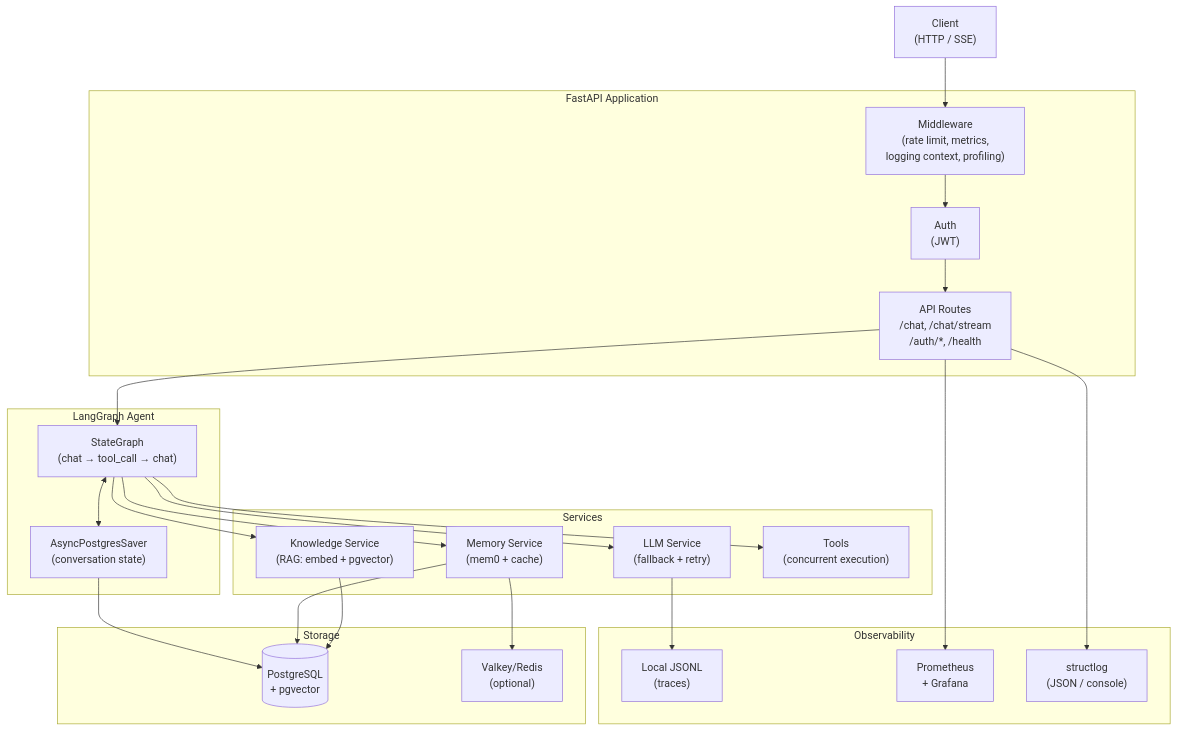
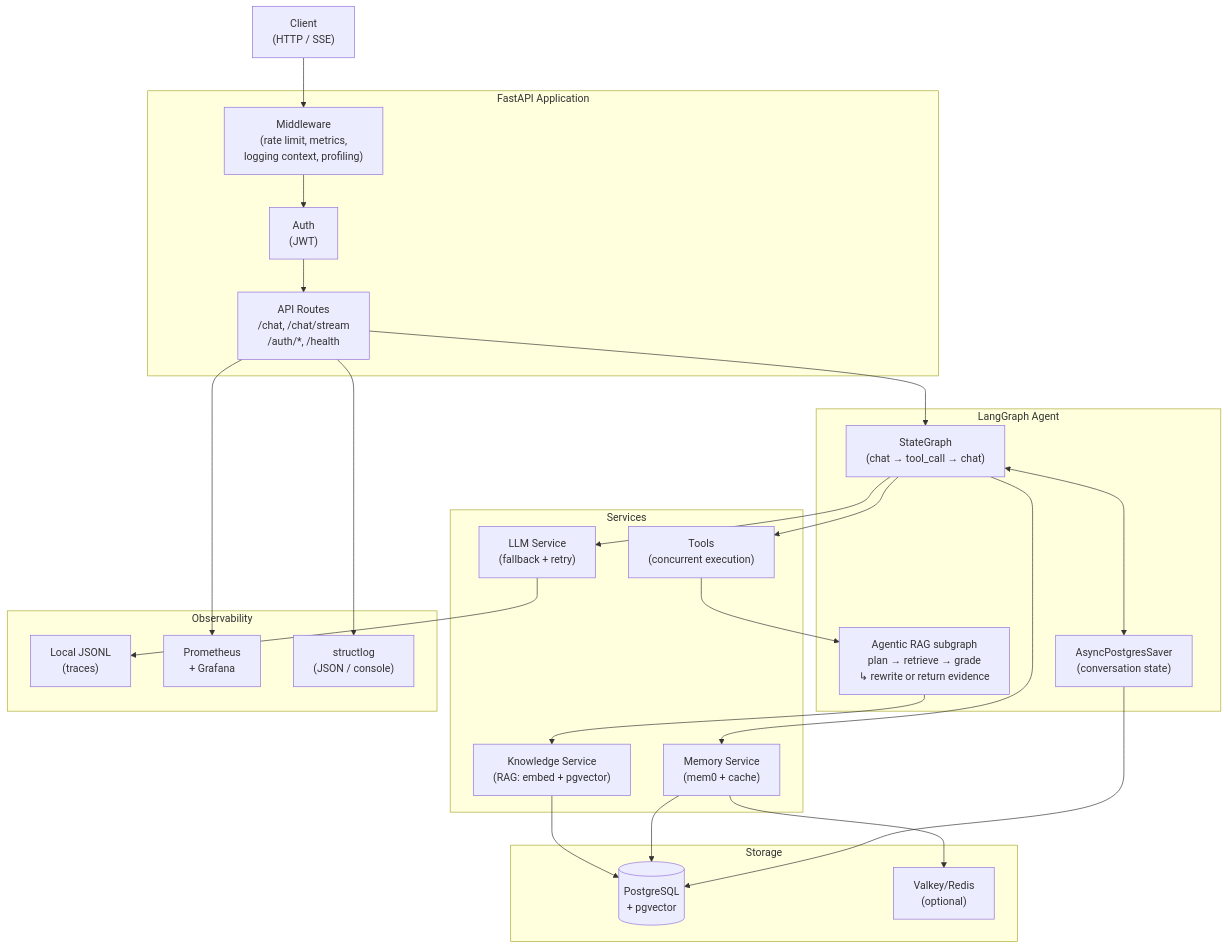
The first of 4 diagrams in docs/architecture.md (Vanisfor/QAagent), drawn with Mermaid before and after one commit. The commit also changed other lines of this file and 7 other files, not shown here.

Commit message:
feat: expose agentic RAG as LangGraph workflow

````diff
--- a/docs/architecture.md
+++ b/docs/architecture.md
@@ -5,45 +5,47 @@
 ```mermaid
 graph TB
     Client["Client\n(HTTP / SSE)"]
 
     subgraph FastAPI["FastAPI Application"]
         MW["Middleware\n(rate limit, metrics,\nlogging context, profiling)"]
         Auth["Auth\n(JWT)"]
         API["API Routes\n/chat, /chat/stream\n/auth/*, /health"]
     end
 
     subgraph Agent["LangGraph Agent"]
         Graph["StateGraph\n(chat → tool_call → chat)"]
+        RAG["Agentic RAG subgraph\nplan → retrieve → grade\n↳ rewrite or return evidence"]
         Checkpointer["AsyncPostgresSaver\n(conversation state)"]
     end
 
     subgraph Services["Services"]
         LLM["LLM Service\n(fallback + retry)"]
         Memory["Memory Service\n(mem0 + cache)"]
         KB["Knowledge Service\n(RAG: embed + pgvector)"]
         Tools["Tools\n(concurrent execution)"]
     end
 
     subgraph Storage["Storage"]
         PG[("PostgreSQL\n+ pgvector")]
         Cache["Valkey/Redis\n(optional)"]
     end
 
     subgraph Observability["Observability"]
         Trace["Local JSONL\n(traces)"]
         Prometheus["Prometheus\n+ Grafana"]
         Logs["structlog\n(JSON / console)"]
     end
 
     Client --> MW --> Auth --> API
     API --> Graph
     Graph --> LLM --> Trace
     Graph --> Tools
+    Tools --> RAG --> KB
     Graph --> Memory --> Cache
-    Graph --> KB --> PG
+    KB --> PG
     Graph <--> Checkpointer
     Memory --> PG
     Checkpointer --> PG
     API --> Prometheus
     API --> Logs
 ```
````
